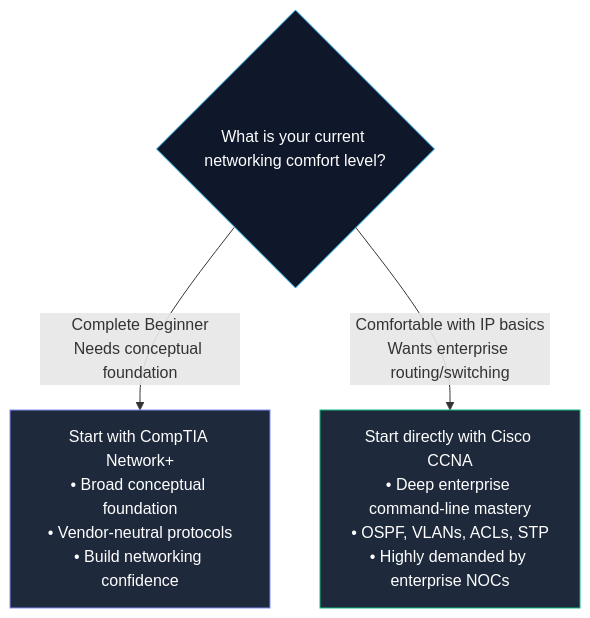
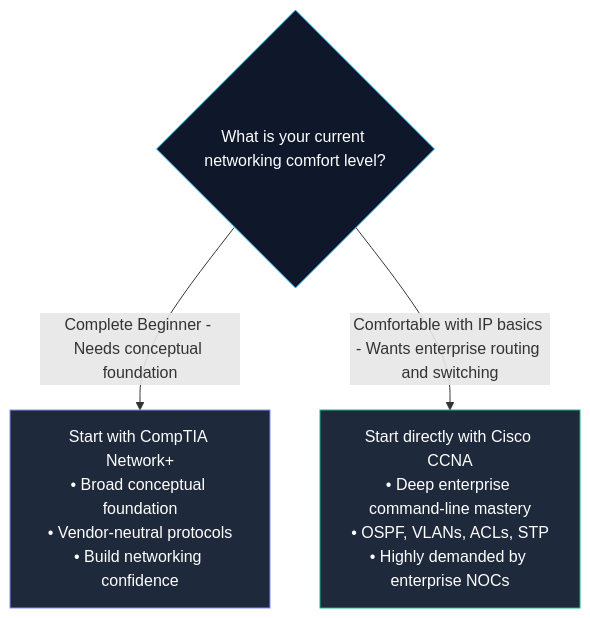
The second of 4 diagrams in System-and-Network-Administrator/02-SNA-Certifications.md (Kashif-Mashi/Blue-Team-Handbook), drawn with Mermaid before and after one commit. The commit also changed other lines of this file and 13 other files, not shown here.

Commit message:
Verification & Fixes: Mermaid Diagrams Across the Repository

````diff
--- a/System-and-Network-Administrator/02-SNA-Certifications.md
+++ b/System-and-Network-Administrator/02-SNA-Certifications.md
@@ -133,10 +133,10 @@
 ```mermaid
 flowchart TD
     Q{"What is your current networking comfort level?"}
-    Q -->|Complete Beginner<br/>Needs conceptual foundation| NET["Start with CompTIA Network+<br/>• Broad conceptual foundation<br/>• Vendor-neutral protocols<br/>• Build networking confidence"]
-    Q -->|Comfortable with IP basics<br/>Wants enterprise routing/switching| CCNA["Start directly with Cisco CCNA<br/>• Deep enterprise command-line mastery<br/>• OSPF, VLANs, ACLs, STP<br/>• Highly demanded by enterprise NOCs"]
+    Q -->|"Complete Beginner - Needs conceptual foundation"| NET["Start with CompTIA Network+<br/>• Broad conceptual foundation<br/>• Vendor-neutral protocols<br/>• Build networking confidence"]
+    Q -->|"Comfortable with IP basics - Wants enterprise routing and switching"| CCNA["Start directly with Cisco CCNA<br/>• Deep enterprise command-line mastery<br/>• OSPF, VLANs, ACLs, STP<br/>• Highly demanded by enterprise NOCs"]
 
     style Q fill:#0f172a,stroke:#38bdf8,color:#fff
     style NET fill:#1e293b,stroke:#818cf8,color:#fff
     style CCNA fill:#1e293b,stroke:#10b981,color:#fff
 ```
````
